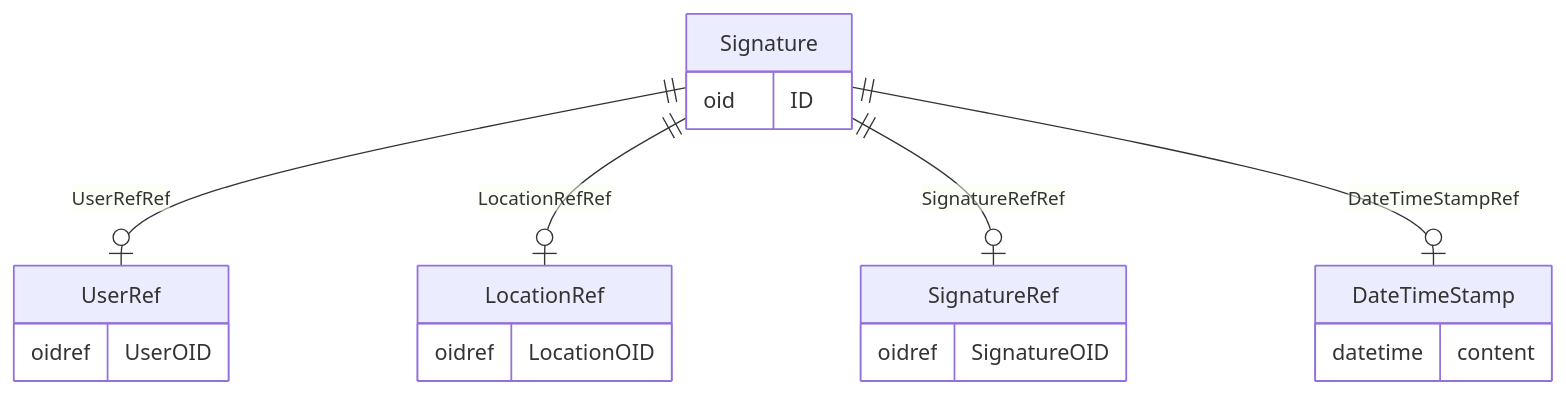
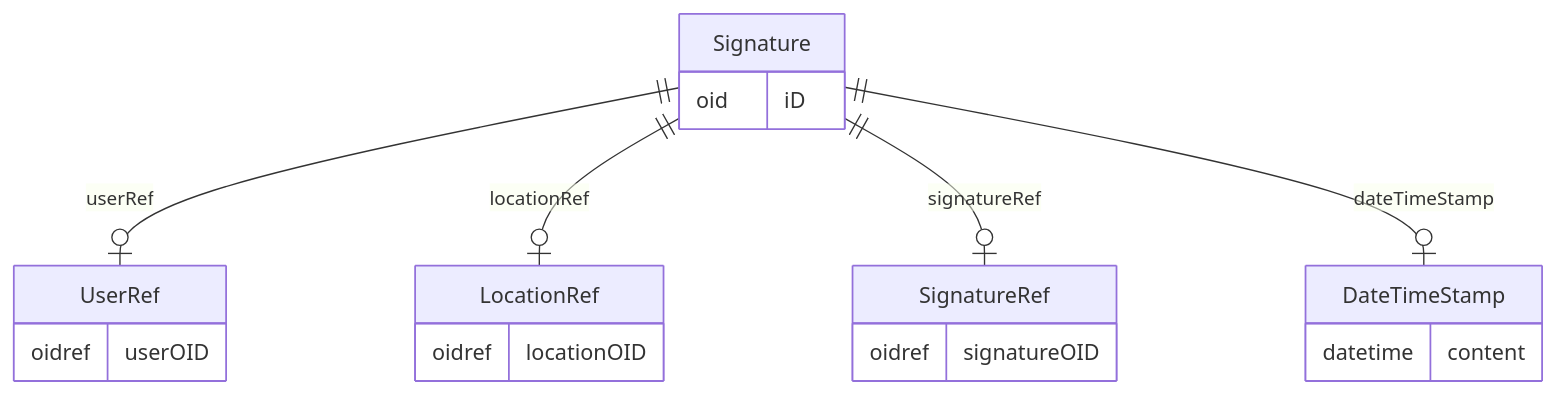
Before and after one commit to cdisc-org/DataExchange-ODM-LinkML: the diagram in docs/Signature.md, drawn with Mermaid. The commit also changed other lines of this file and 759 other files, not shown here.

````diff
--- a/docs/Signature.md
+++ b/docs/Signature.md
@@ -11,24 +11,24 @@
 ```mermaid
 erDiagram
 Signature {
-    oid ID  
+    oid iD  
 }
 DateTimeStamp {
     datetime content  
 }
 SignatureRef {
-    oidref SignatureOID  
+    oidref signatureOID  
 }
 LocationRef {
-    oidref LocationOID  
+    oidref locationOID  
 }
 UserRef {
-    oidref UserOID  
+    oidref userOID  
 }
 
-Signature ||--|o UserRef : "UserRefRef"
-Signature ||--|o LocationRef : "LocationRefRef"
-Signature ||--|o SignatureRef : "SignatureRefRef"
-Signature ||--|o DateTimeStamp : "DateTimeStampRef"
+Signature ||--|o UserRef : "userRef"
+Signature ||--|o LocationRef : "locationRef"
+Signature ||--|o SignatureRef : "signatureRef"
+Signature ||--|o DateTimeStamp : "dateTimeStamp"
 
 ```
````
